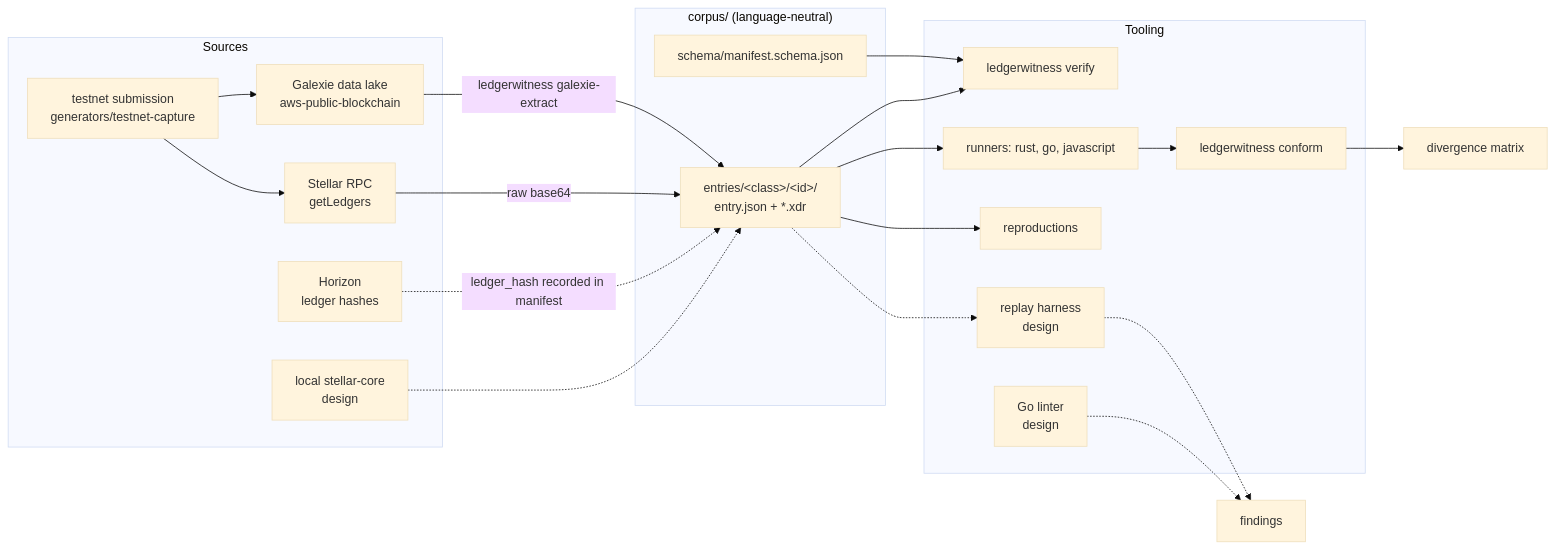
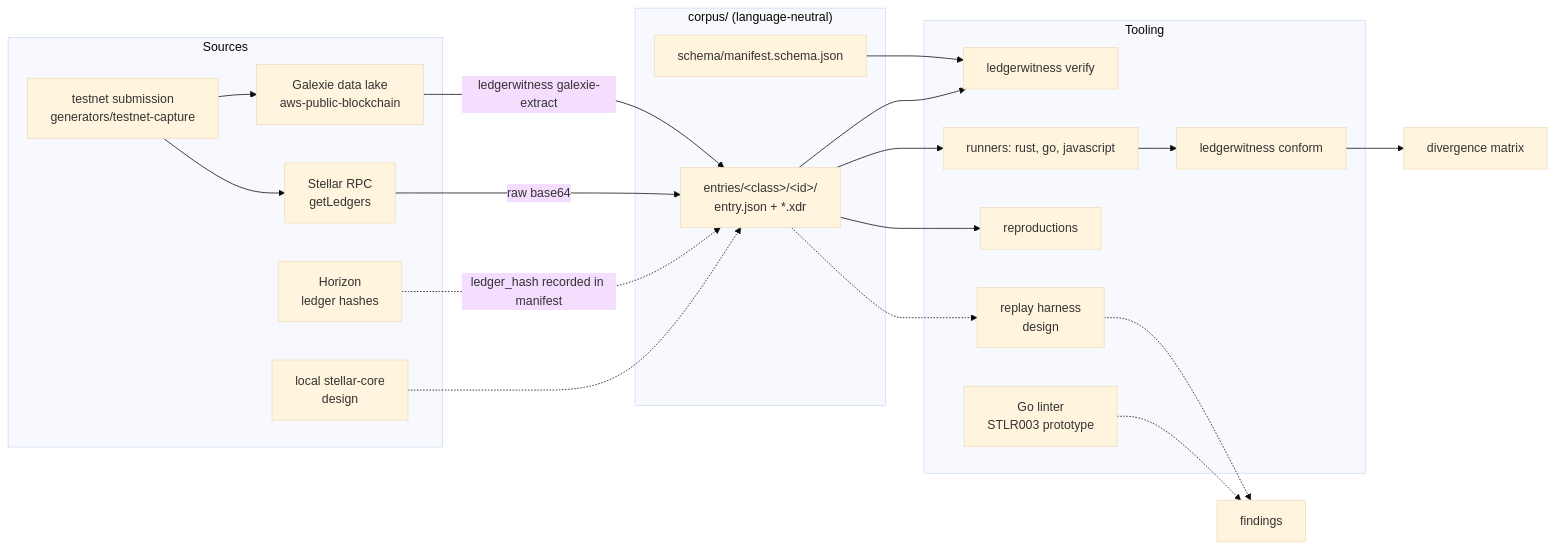
The first of 3 diagrams in docs/architecture.md (LedgerWitness/ledgerwitness), drawn with Mermaid (base theme) before and after one commit. The commit also changed other lines of this file and 1 other file, not shown here.

First line of the commit message:
Document the STLR003 prototype and fix a stale layout note

````diff
--- a/docs/architecture.md
+++ b/docs/architecture.md
@@ -73,37 +73,37 @@
 ```mermaid
 flowchart LR
   subgraph Sources
     DL[Galexie data lake<br/>aws-public-blockchain]
     RPC[Stellar RPC<br/>getLedgers]
     TN[testnet submission<br/>generators/testnet-capture]
     HZ[Horizon<br/>ledger hashes]
     CORE[local stellar-core<br/>design]
   end
 
   subgraph Corpus["corpus/ (language-neutral)"]
     SCHEMA[schema/manifest.schema.json]
     ENTRIES[entries/&lt;class&gt;/&lt;id&gt;/<br/>entry.json + *.xdr]
   end
 
   subgraph Tooling
     LCK[ledgerwitness verify]
     RUN[runners: rust, go, javascript]
     CONF[ledgerwitness conform]
     REPRO[reproductions]
     REPLAY[replay harness<br/>design]
-    LINT[Go linter<br/>design]
+    LINT[Go linter<br/>STLR003 prototype]
   end
 
   TN --> RPC
   TN --> DL
   DL -->|ledgerwitness galexie-extract| ENTRIES
   RPC -->|raw base64| ENTRIES
   HZ -.->|ledger_hash recorded in manifest| ENTRIES
   CORE -.-> ENTRIES
   SCHEMA --> LCK
   ENTRIES --> LCK
   ENTRIES --> RUN --> CONF --> MATRIX[divergence matrix]
   ENTRIES --> REPRO
   ENTRIES -.-> REPLAY -.-> FINDINGS[findings]
   LINT -.-> FINDINGS
 ```
````
